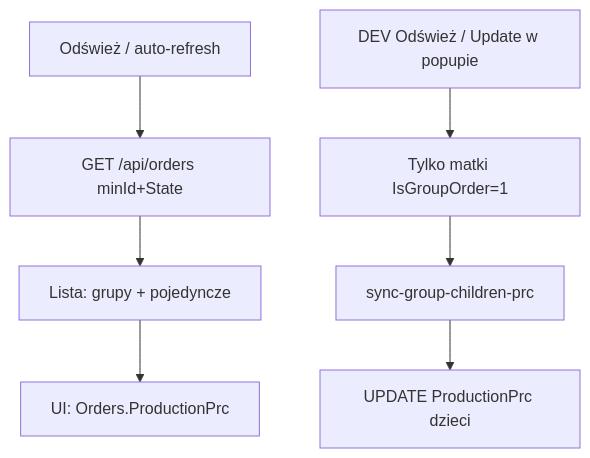
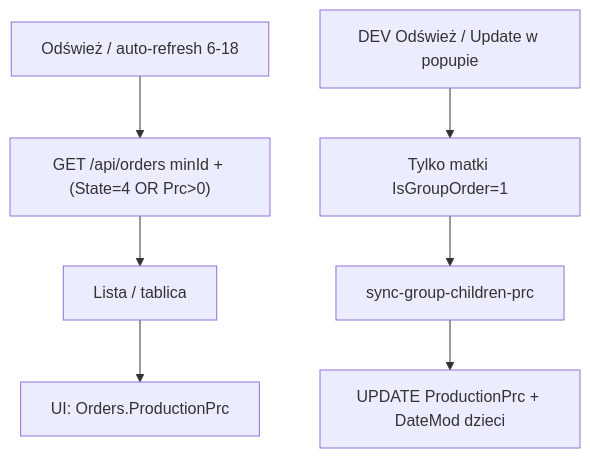
One commit to login101i/Tajhmajster_FastCut_Production_MES changed the diagram in Tajhmaster_Production_Tracker_readme.md. Above: the diagram before and after it, drawn with Mermaid. The commit also changed other lines of this file and 10 other files, not shown here.

````diff
--- a/Tajhmaster_Production_Tracker_readme.md
+++ b/Tajhmaster_Production_Tracker_readme.md
@@ -58,12 +80,12 @@
 ```mermaid
 flowchart TD
-  refresh[Odśwież / auto-refresh]
-  fetch[GET /api/orders minId+State]
+  refresh[Odśwież / auto-refresh 6-18]
+  fetch["GET /api/orders minId + (State=4 OR Prc>0)"]
   refresh --> fetch
-  fetch --> list[Lista: grupy + pojedyncze]
+  fetch --> list[Lista / tablica]
   list --> showPrc[UI: Orders.ProductionPrc]
   writeDev[DEV Odśwież / Update w popupie]
   writeDev --> onlyGroups[Tylko matki IsGroupOrder=1]
   onlyGroups --> sync[sync-group-children-prc]
-  sync --> childPrc[UPDATE ProductionPrc dzieci]
+  sync --> childPrc[UPDATE ProductionPrc + DateMod dzieci]
 ```
````
